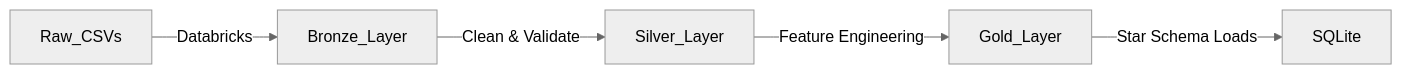
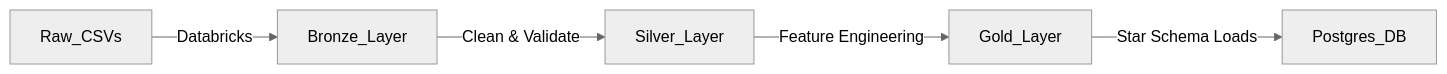
One commit to sayalisss7/Matrica changed the second of 2 diagrams in docs/Architecture.md. Above: the diagram before and after it, drawn with Mermaid (neutral theme). The commit also changed other lines of this file and 27 other files, not shown here.

Commit message:
Refactor to Postgres Medallion architecture, migrate to Groq LLM, and update RAG to HuggingFace

````diff
--- a/docs/Architecture.md
+++ b/docs/Architecture.md
@@ -23,7 +32,7 @@
 ```mermaid
 graph LR;
     Raw_CSVs-->|Databricks| Bronze_Layer;
     Bronze_Layer-->|Clean & Validate| Silver_Layer;
     Silver_Layer-->|Feature Engineering| Gold_Layer;
-    Gold_Layer-->|Star Schema Loads| SQLite;
+    Gold_Layer-->|Star Schema Loads| Postgres_DB;
 ```
````
